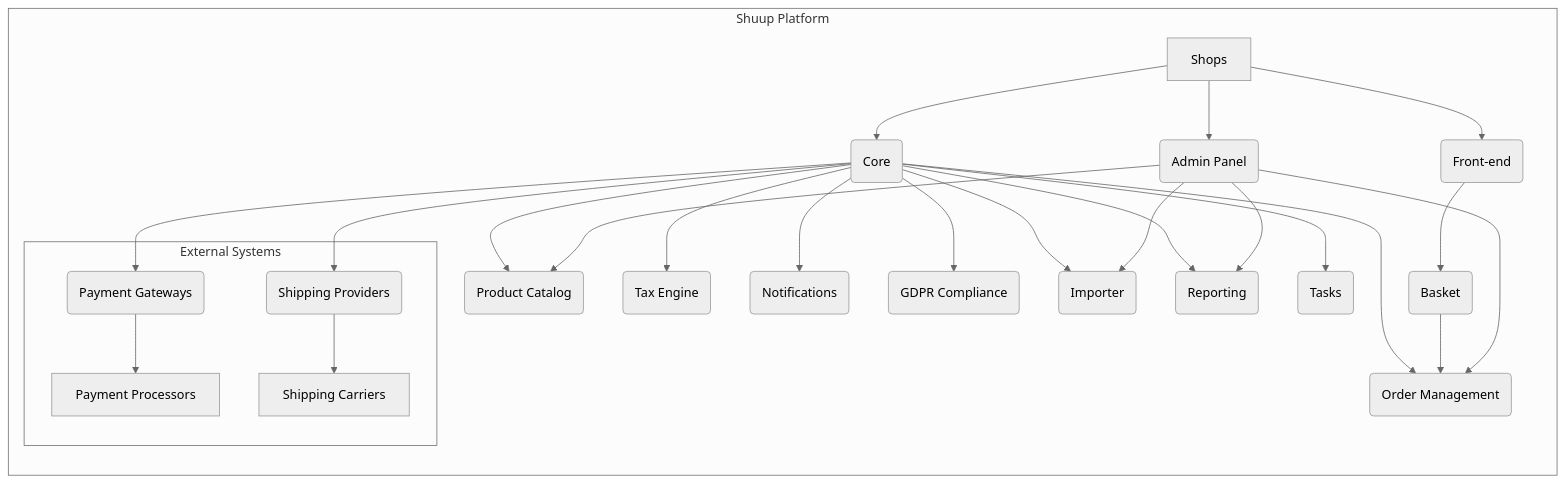
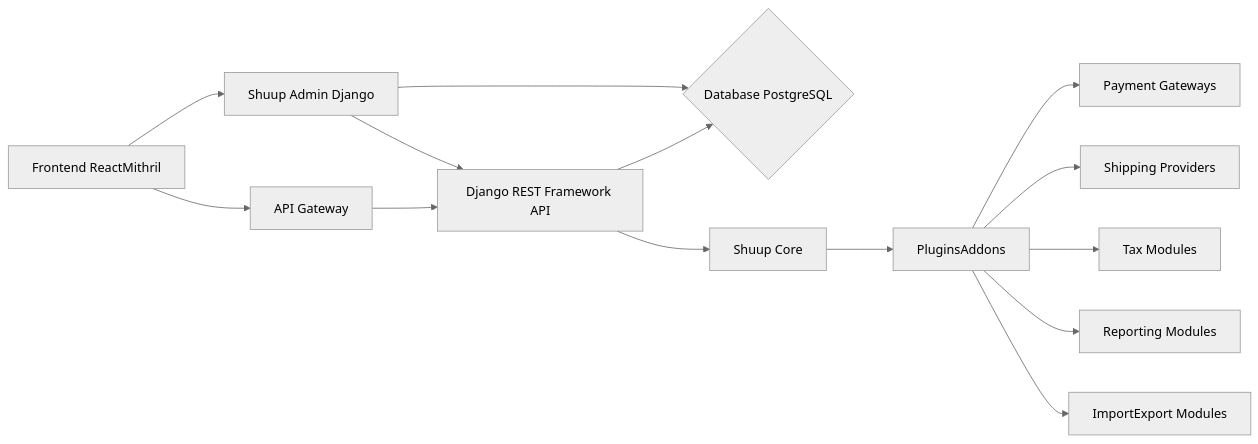
The diagram in docs/design/high-level-design.md (HimansuSaha/shoppe), drawn with Mermaid (neutral theme) before and after one commit. The commit also changed other lines of this file and 4 other files, not shown here.

````diff
--- a/docs/design/high-level-design.md
+++ b/docs/design/high-level-design.md
@@ -11,28 +10,16 @@
 ```mermaid
 graph LR
-    subgraph "Shuup Platform"
-        A[Shops] --> B(Admin Panel);
-        A --> C(Front-end);
-        A --> D(Core);
-        D --> E(Order Management);
-        D --> F(Product Catalog);
-        D --> G(Payment Gateways);
-        D --> H(Shipping Providers);
-        D --> I(Tax Engine);
-        D --> J(Notifications);
-        D --> K(GDPR Compliance);
-        D --> L(Importer);
-        D --> M(Reporting);
-        D --> N(Tasks);
-        C --> O(Basket);
-        O --> E;
-        B --> F;
-        B --> E;
-        B --> M;
-        B --> L;
-        subgraph "External Systems"
-            G --> P[Payment Processors];
-            H --> Q[Shipping Carriers];
-        end
-    end
+    A[Frontend ReactMithril] --> B[API Gateway];
+    B --> C[Django REST Framework API];
+    C --> D{Database PostgreSQL};
+    C --> E[Shuup Core];
+    E --> F[PluginsAddons];
+    F --> G[Payment Gateways];
+    F --> H[Shipping Providers];
+    F --> I[Tax Modules];
+    F --> J[Reporting Modules];
+    F --> K[ImportExport Modules];
+    A --> L[Shuup Admin Django];
+    L --> C;
+    L --> D;
 ```
````
